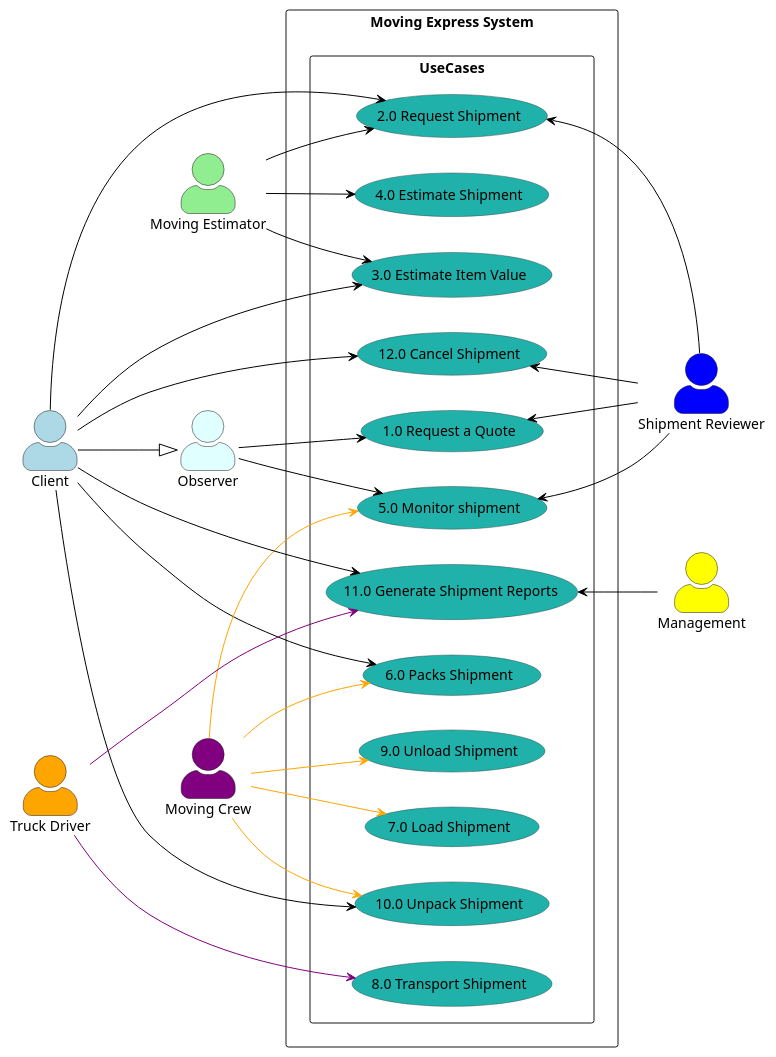
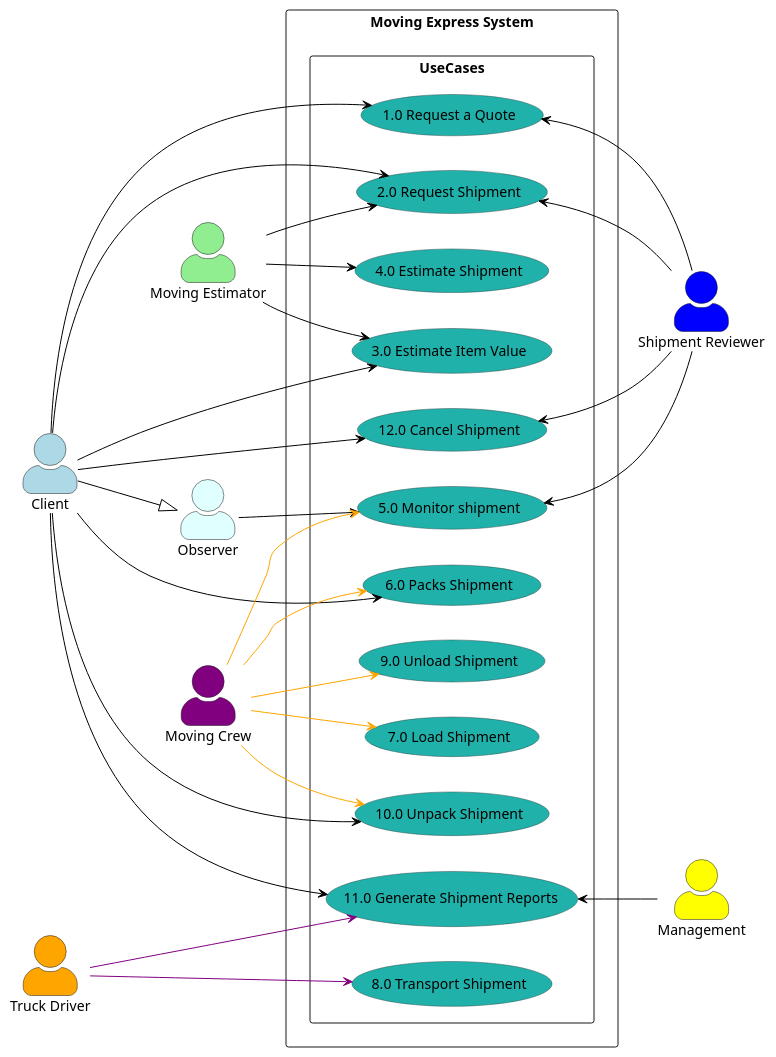
The diagram in Diagrams/UseCaseDiagrams/HighShipmentMS.puml (nic5694/MovingExpress), drawn with PlantUML before and after one commit.

Commit message:
here is the mini one

```diff
--- a/Diagrams/UseCaseDiagrams/HighShipmentMS.puml
+++ b/Diagrams/UseCaseDiagrams/HighShipmentMS.puml
@@ -1,72 +1,72 @@
 @startuml
 
 left to right direction
 skinparam actorStyle awesome
 skinparam usecase {
     BackgroundColor DarkSeaGreen
     BorderColor DarkSlateGray
     ArrowColor Black
     ActorBorderColor black
     ActorFontName Courier
     ActorBackgroundColor<< Human >> Gold
 }
 
 actor Client as "Client" #LightBlue
 actor "Moving Estimator" as MovingEstimator #LightGreen
 actor "Truck Driver" as VanDriver #Orange
 actor "Moving Crew" as MovingCrew #Purple
 actor Management as "Management" #Yellow
 actor "Shipment Reviewer" as ShipmentReviewer #Blue
 actor "Observer" as Observer #LightCyan
 
 rectangle "Moving Express System" {
     rectangle UseCases {
       usecase "1.0 Request a Quote" as UC1 #LightSeaGreen
       usecase "2.0 Request Shipment" as UC2 #LightSeaGreen
       usecase "3.0 Estimate Item Value" as UC3 #LightSeaGreen
       usecase "4.0 Estimate Shipment" as UC4 #LightSeaGreen
       usecase "5.0 Monitor shipment" as UC5 #LightSeaGreen
       usecase "8.0 Transport Shipment" as UC8 #LightSeaGreen
       usecase "6.0 Packs Shipment" as UC6 #LightSeaGreen
       usecase "7.0 Load Shipment" as UC7 #LightSeaGreen
       usecase "9.0 Unload Shipment" as UC9 #LightSeaGreen
       usecase "10.0 Unpack Shipment" as UC10 #LightSeaGreen
       usecase "11.0 Generate Shipment Reports" as UC11 #LightSeaGreen
       usecase "12.0 Cancel Shipment" as UC12 #LightSeaGreen
     }
 }
 
 Client --|> Observer
 
 Client ---> UC12
+Client --> UC1
 Client ---> UC6
 Client ---> UC3
 Client ---> UC2
 Client ---> UC10
 
-Observer --> UC1
 Observer --> UC5
 
 MovingEstimator --> UC2
 MovingEstimator --> UC4
 MovingEstimator --> UC3
 
 VanDriver -[#Purple]-> UC8
 
 MovingCrew -[#Orange]-> UC6
 MovingCrew -[#Orange]-> UC5
 MovingCrew -[#Orange]-> UC7
 MovingCrew -[#Orange]-> UC9
 MovingCrew -[#Orange]-> UC10
 
 Client --> UC11
 UC11 <-- Management
 VanDriver --[#Purple]-> UC11
 
 
 UC2 <-- ShipmentReviewer
 UC1 <-- ShipmentReviewer
 UC12 <-- ShipmentReviewer
 UC5 <-- ShipmentReviewer
 
 @enduml
```
